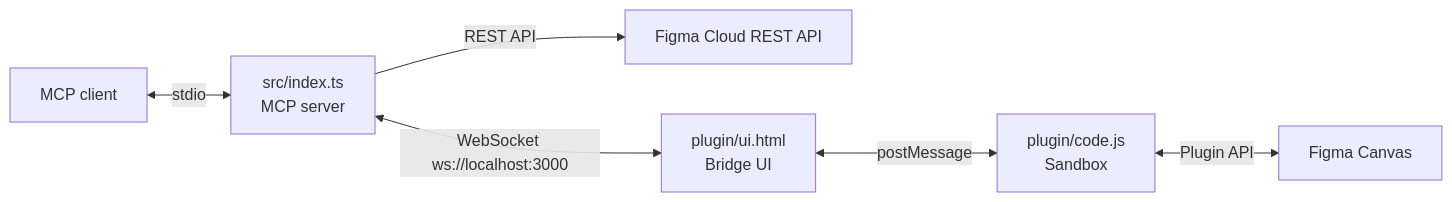
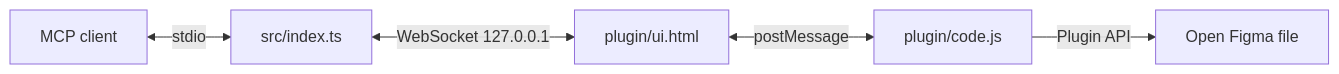
One commit to thesagrotan/figma-bridge changed the diagram in docs/README.md. Above: the diagram before and after it, drawn with Mermaid. The commit also changed other lines of this file and 156 other files, not shown here.

First line of the commit message:
refactor: reduce figma-bridge to the local canvas tool surface

````diff
--- a/docs/README.md
+++ b/docs/README.md
@@ -29,8 +31,7 @@
 ```mermaid
 flowchart LR
-    Client[MCP client] <-->|stdio| Server[src/index.ts<br/>MCP server]
-    Server -->|REST API| Figma[Figma Cloud REST API]
-    Server <-->|WebSocket ws://localhost:3000| Plugin[plugin/ui.html<br/>Bridge UI]
-    Plugin <-->|postMessage| Code[plugin/code.js<br/>Sandbox]
-    Code <-->|Plugin API| Canvas[Figma Canvas]
+    Client[MCP client] <-->|stdio| Server[src/index.ts]
+    Server <-->|WebSocket 127.0.0.1| UI[plugin/ui.html]
+    UI <-->|postMessage| Code[plugin/code.js]
+    Code -->|Plugin API| Canvas[Open Figma file]
 ```
````
